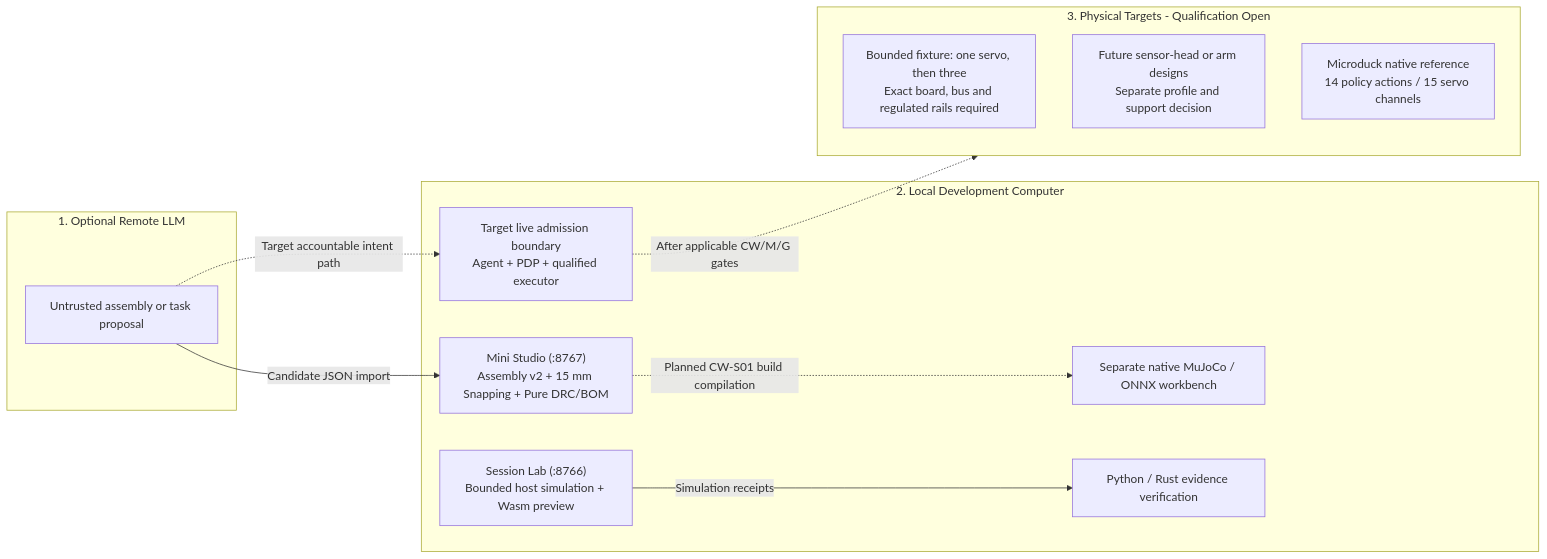
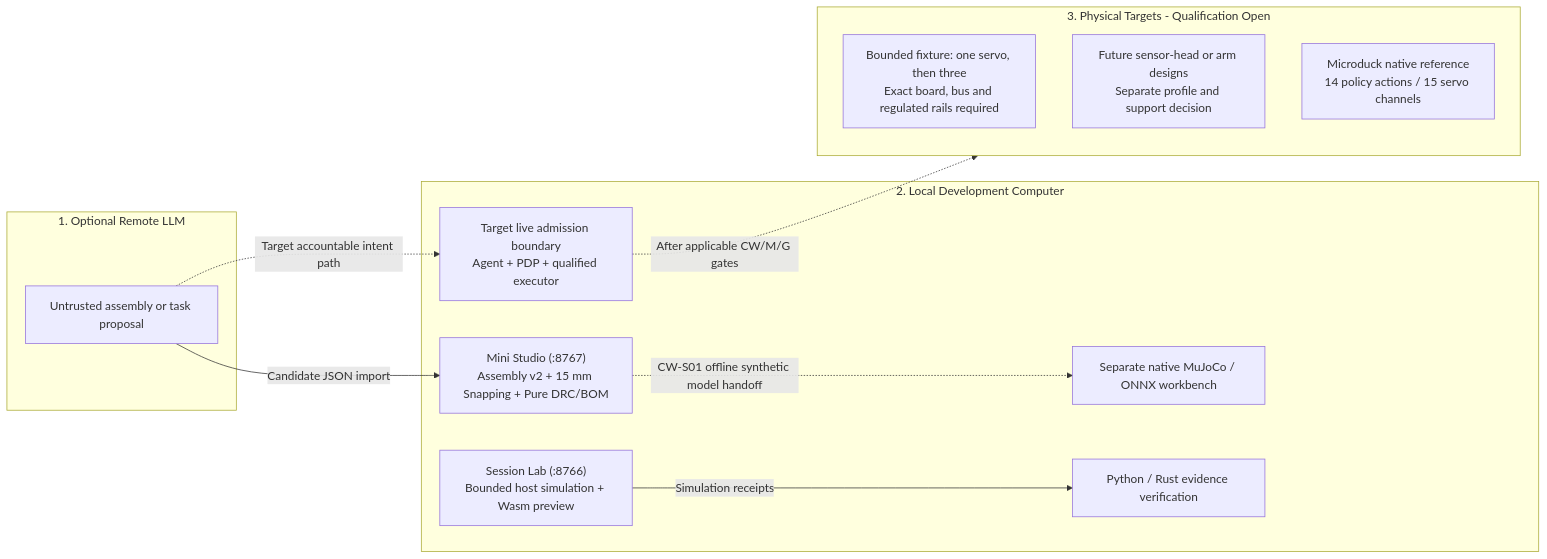
One commit to NeilLi/seedcore changed the first of 3 diagrams in README.md. Above: the diagram before and after it, drawn with Mermaid. The commit also changed other lines of this file and 27 other files, not shown here.

Commit message:
feat(robotics): add CW-S01 offline Studio model handoff

````diff
--- a/README.md
+++ b/README.md
@@ -43,26 +43,26 @@
 ```mermaid
 flowchart LR
     subgraph CloudLLM ["1. Optional Remote LLM"]
         LLM["Untrusted assembly or task proposal"]
     end
 
     subgraph LocalStation ["2. Local Development Computer"]
         MS["Mini Studio (:8767)<br/>Assembly v2 + 15 mm Snapping + Pure DRC/BOM"]
         SIM["Session Lab (:8766)<br/>Bounded host simulation + Wasm preview"]
         NATIVE["Separate native MuJoCo / ONNX workbench"]
         PDP["Target live admission boundary<br/>Agent + PDP + qualified executor"]
         PROOF["Python / Rust evidence verification"]
-        MS -.->|"Planned CW-S01 build compilation"| NATIVE
+        MS -.->|"CW-S01 offline synthetic model handoff"| NATIVE
         SIM -->|"Simulation receipts"| PROOF
     end
 
     subgraph DIYSeries ["3. Physical Targets - Qualification Open"]
         R1["Bounded fixture: one servo, then three<br/>Exact board, bus and regulated rails required"]
         R2["Future sensor-head or arm designs<br/>Separate profile and support decision"]
         R4["Microduck native reference<br/>14 policy actions / 15 servo channels"]
     end
 
     LLM -->|"Candidate JSON import"| MS
     LLM -.->|"Target accountable intent path"| PDP
     PDP -.->|"After applicable CW/M/G gates"| DIYSeries
 ```
````
